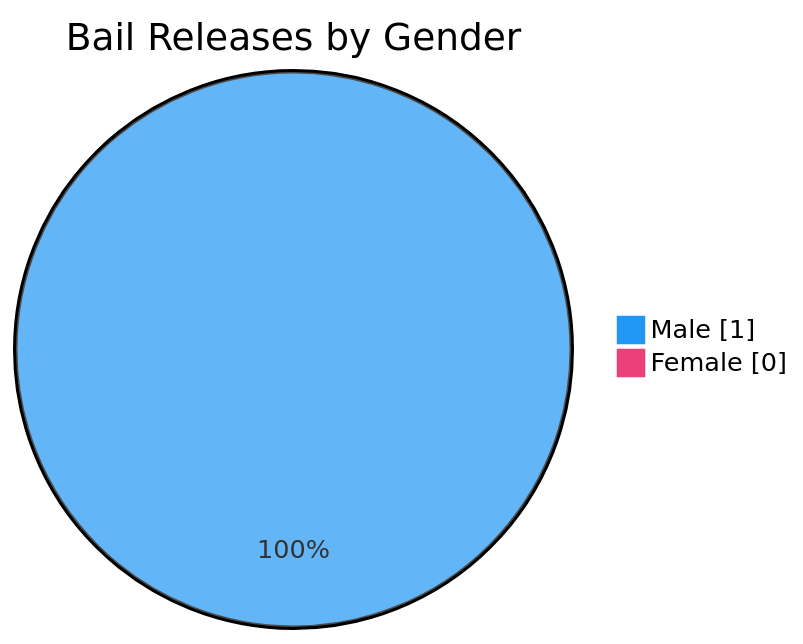
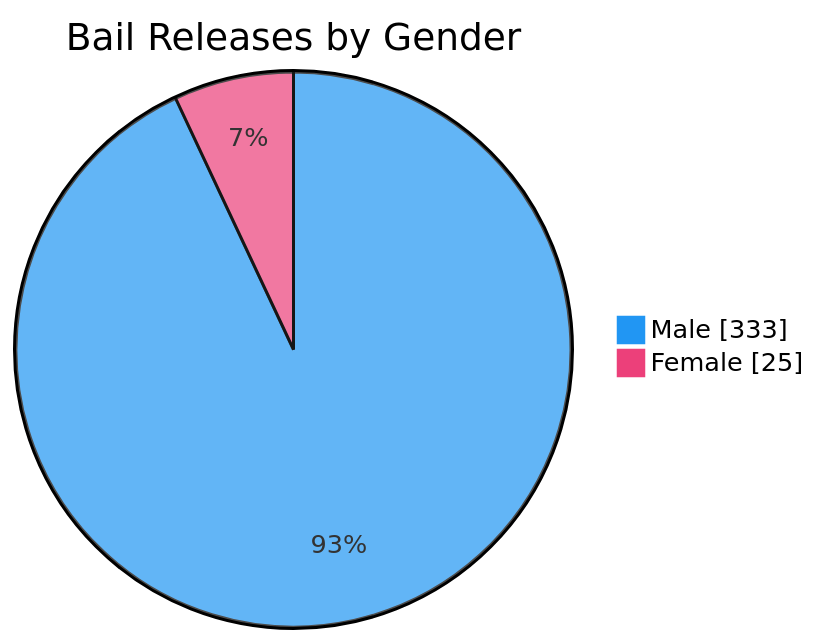
One commit to nuuuwan/lk_prisons changed the seventh of 7 diagrams in README.md. Above: the diagram before and after it, drawn with Mermaid. The commit also changed other lines of this file and 1 other file, not shown here.

````diff
--- a/README.md
+++ b/README.md
@@ -109,6 +109,6 @@
 ```mermaid
 %%{init: {'themeVariables': {'pie1': '#2196F3', 'pie2': '#EC407A'}}}%%
 pie showData title Bail Releases by Gender
-    "Male" : 1
-    "Female" : 0
+    "Male" : 333
+    "Female" : 25
 ```
````
